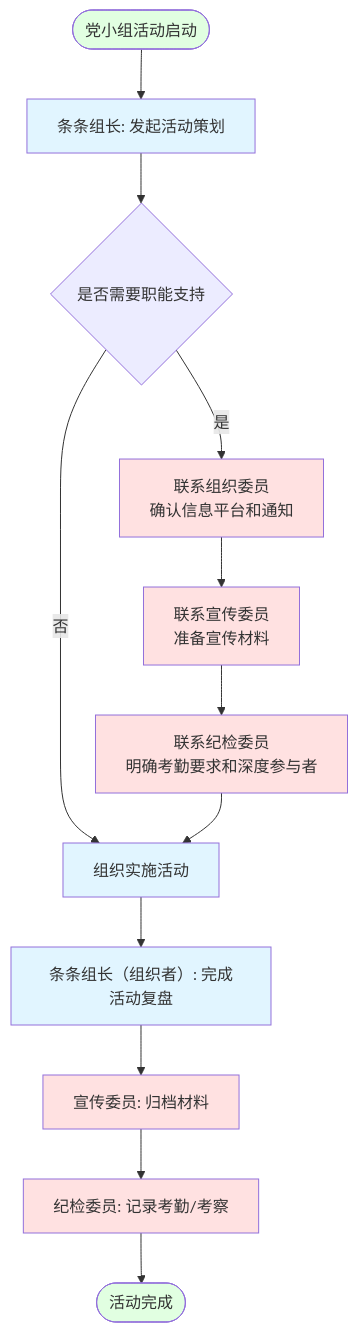
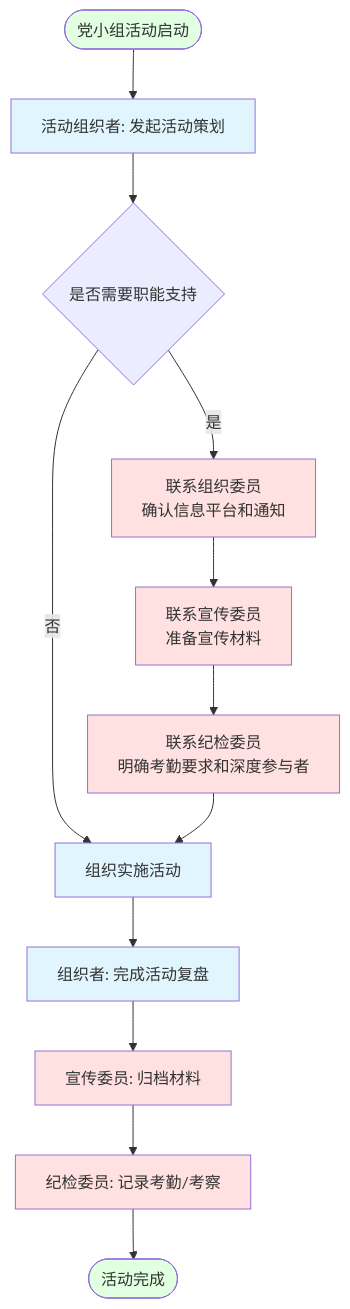
Before and after one commit to czhgo/GSM1921-SOP: the third of 9 diagrams in 流程指南/工作流程图-定人定责定岗.md, drawn with Mermaid. The commit also changed other lines of this file and 2 other files, not shown here.

Commit message:
完善术语说明，更新工作流程图，统一"支部党员"和"支部成员"用法

````diff
--- a/流程指南/工作流程图-定人定责定岗.md
+++ b/流程指南/工作流程图-定人定责定岗.md
@@ -122,42 +122,42 @@
 ```mermaid
 flowchart TD
     Start([党小组活动启动])
     
-    A[条条组长: 发起活动策划]
+    A[活动组织者: 发起活动策划]
     B{是否需要职能支持}
     
     C1[联系组织委员<br/>确认信息平台和通知]
     C2[联系宣传委员<br/>准备宣传材料]
     C3[联系纪检委员<br/>明确考勤要求和深度参与者]
     
     D[组织实施活动]
     
-    E1[条条组长（组织者）: 完成活动复盘]
+    E1[组织者: 完成活动复盘]
     E2[宣传委员: 归档材料]
     E3[纪检委员: 记录考勤/考察]
     
     End([活动完成])
     
     Start --> A
     A --> B
     B -->|是| C1
     B -->|否| D
     C1 --> C2
     C2 --> C3
     C3 --> D
     D --> E1
     E1 --> E2
     E2 --> E3
     E3 --> End
     
     style Start fill:#e1ffe1
     style A fill:#e1f5ff
     style C1 fill:#ffe1e1
     style C2 fill:#ffe1e1
     style C3 fill:#ffe1e1
     style D fill:#e1f5ff
     style E1 fill:#e1f5ff
     style E2 fill:#ffe1e1
     style E3 fill:#ffe1e1
     style End fill:#e1ffe1
 ```
````
